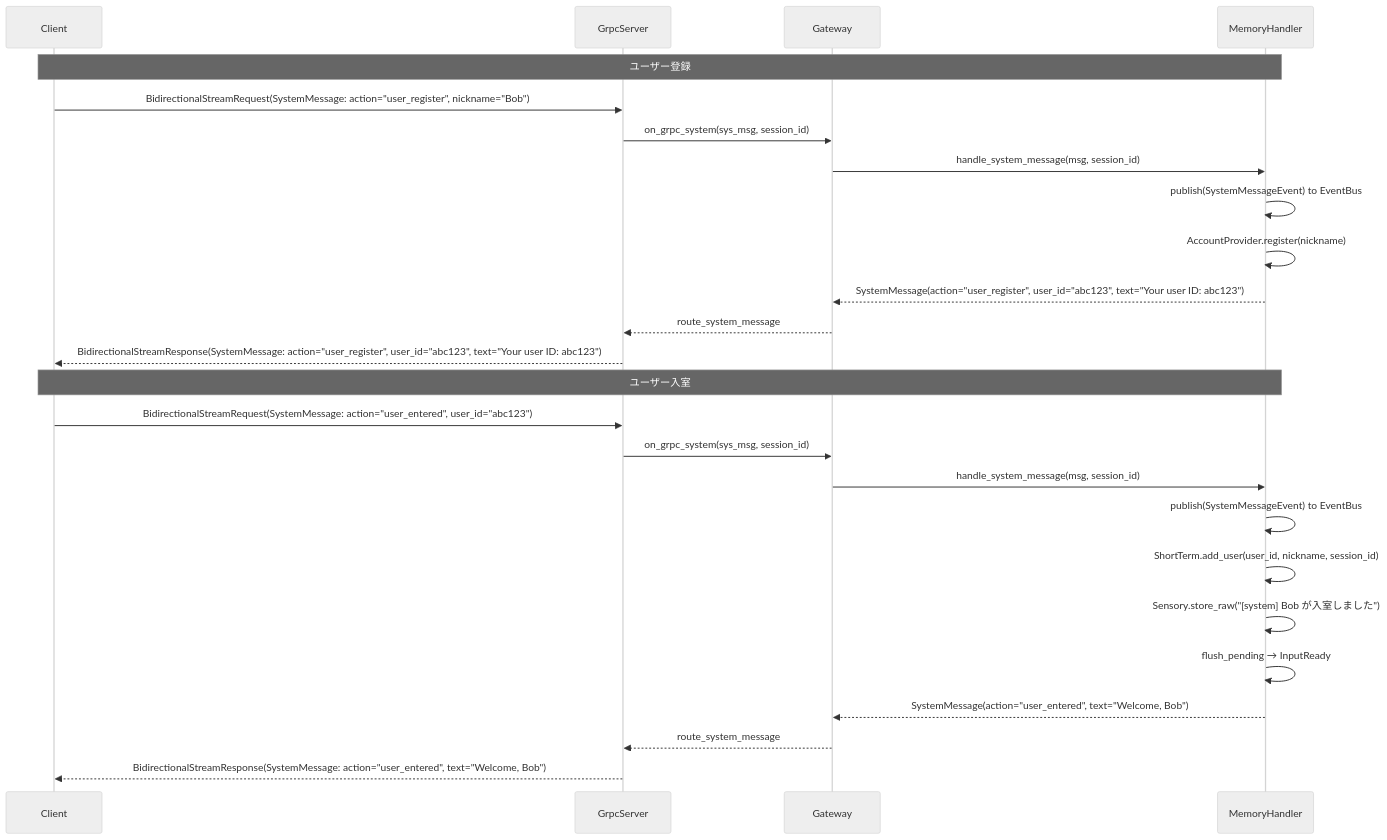
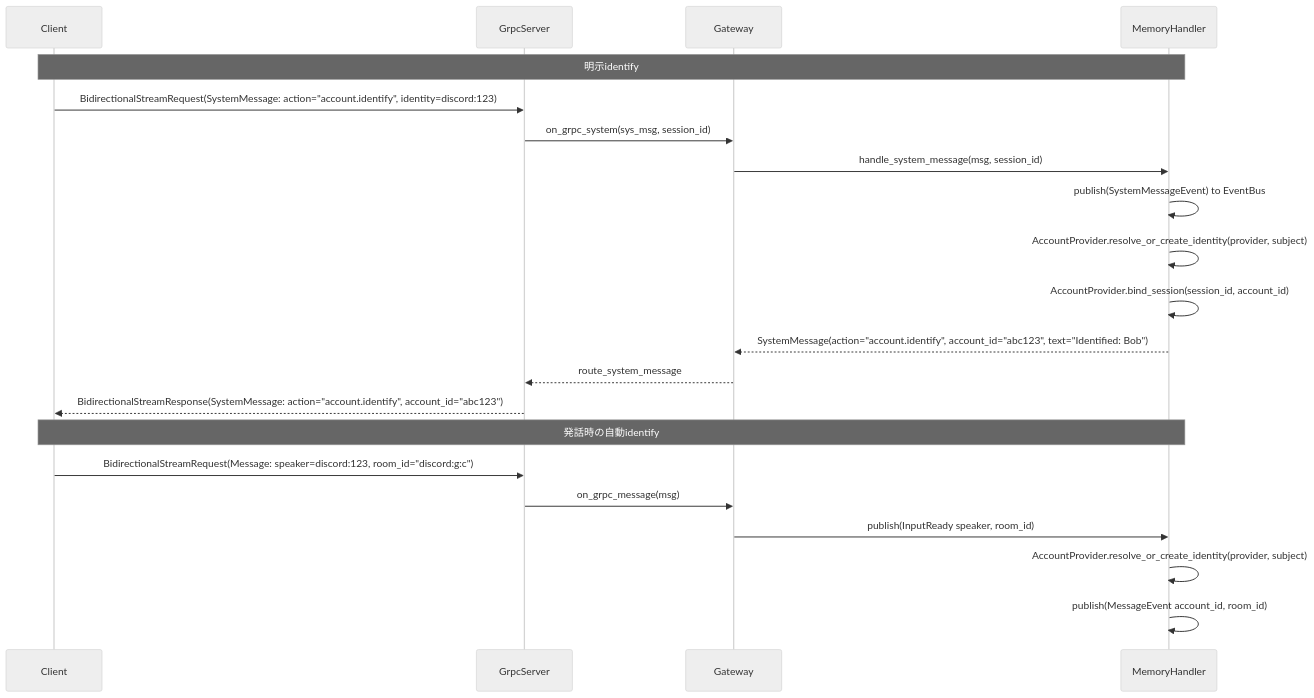
The third of 3 diagrams in docs/ipc-spec.md (ibukani/iris-mind), drawn with Mermaid (neutral theme) before and after one commit. The commit also changed other lines of this file and 32 other files, not shown here.

````diff
--- a/docs/ipc-spec.md
+++ b/docs/ipc-spec.md
@@ -229,29 +245,25 @@
 ```mermaid
 sequenceDiagram
     participant Client
     participant Server as GrpcServer
     participant GW as Gateway
     participant Handler as MemoryHandler
 
-    Note over Client,Handler: ユーザー登録
-    Client->>Server: BidirectionalStreamRequest(SystemMessage: action="user_register", nickname="Bob")
+    Note over Client,Handler: 明示identify
+    Client->>Server: BidirectionalStreamRequest(SystemMessage: action="account.identify", identity=discord:123)
     Server->>GW: on_grpc_system(sys_msg, session_id)
     GW->>Handler: handle_system_message(msg, session_id)
     Handler->>Handler: publish(SystemMessageEvent) to EventBus
-    Handler->>Handler: AccountProvider.register(nickname)
-    Handler-->>GW: SystemMessage(action="user_register", user_id="abc123", text="Your user ID: abc123")
+    Handler->>Handler: AccountProvider.resolve_or_create_identity(provider, subject)
+    Handler->>Handler: AccountProvider.bind_session(session_id, account_id)
+    Handler-->>GW: SystemMessage(action="account.identify", account_id="abc123", text="Identified: Bob")
     GW-->>Server: route_system_message
-    Server-->>Client: BidirectionalStreamResponse(SystemMessage: action="user_register", user_id="abc123", text="Your user ID: abc123")
+    Server-->>Client: BidirectionalStreamResponse(SystemMessage: action="account.identify", account_id="abc123")
 
-    Note over Client,Handler: ユーザー入室
-    Client->>Server: BidirectionalStreamRequest(SystemMessage: action="user_entered", user_id="abc123")
-    Server->>GW: on_grpc_system(sys_msg, session_id)
-    GW->>Handler: handle_system_message(msg, session_id)
-    Handler->>Handler: publish(SystemMessageEvent) to EventBus
-    Handler->>Handler: ShortTerm.add_user(user_id, nickname, session_id)
-    Handler->>Handler: Sensory.store_raw("[system] Bob が入室しました")
-    Handler->>Handler: flush_pending → InputReady
-    Handler-->>GW: SystemMessage(action="user_entered", text="Welcome, Bob")
-    GW-->>Server: route_system_message
-    Server-->>Client: BidirectionalStreamResponse(SystemMessage: action="user_entered", text="Welcome, Bob")
+    Note over Client,Handler: 発話時の自動identify
+    Client->>Server: BidirectionalStreamRequest(Message: speaker=discord:123, room_id="discord:g:c")
+    Server->>GW: on_grpc_message(msg)
+    GW->>Handler: publish(InputReady speaker, room_id)
+    Handler->>Handler: AccountProvider.resolve_or_create_identity(provider, subject)
+    Handler->>Handler: publish(MessageEvent account_id, room_id)
 ```
````
